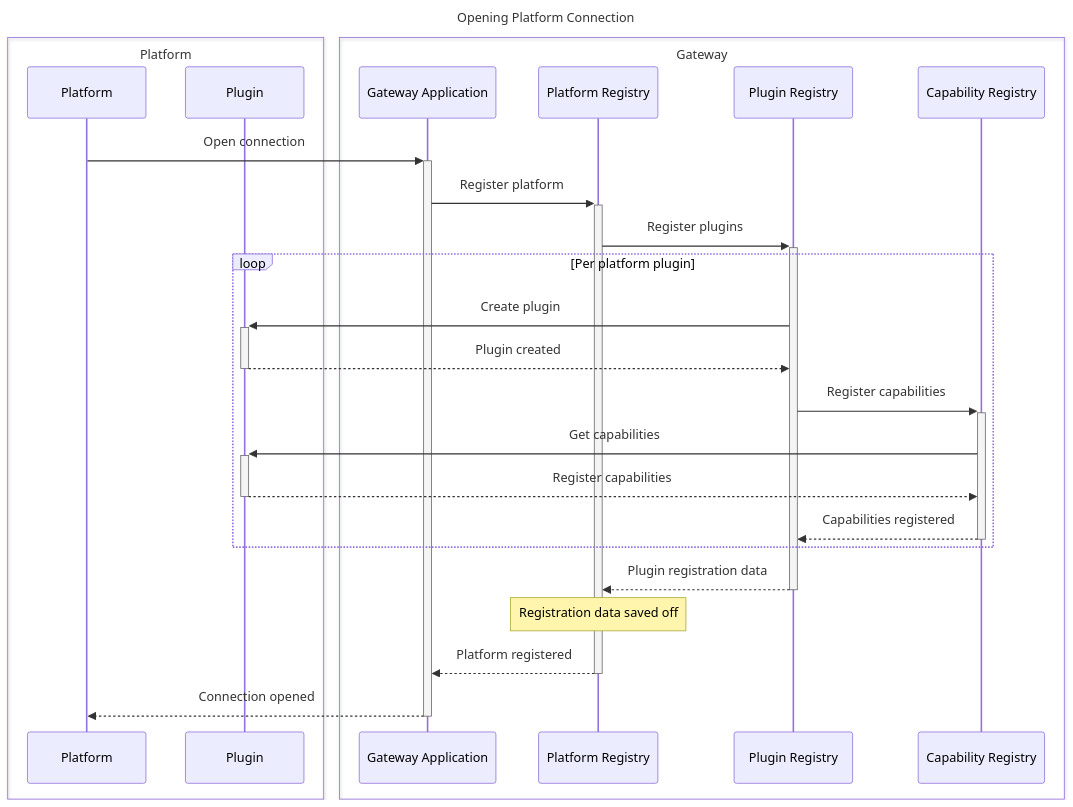
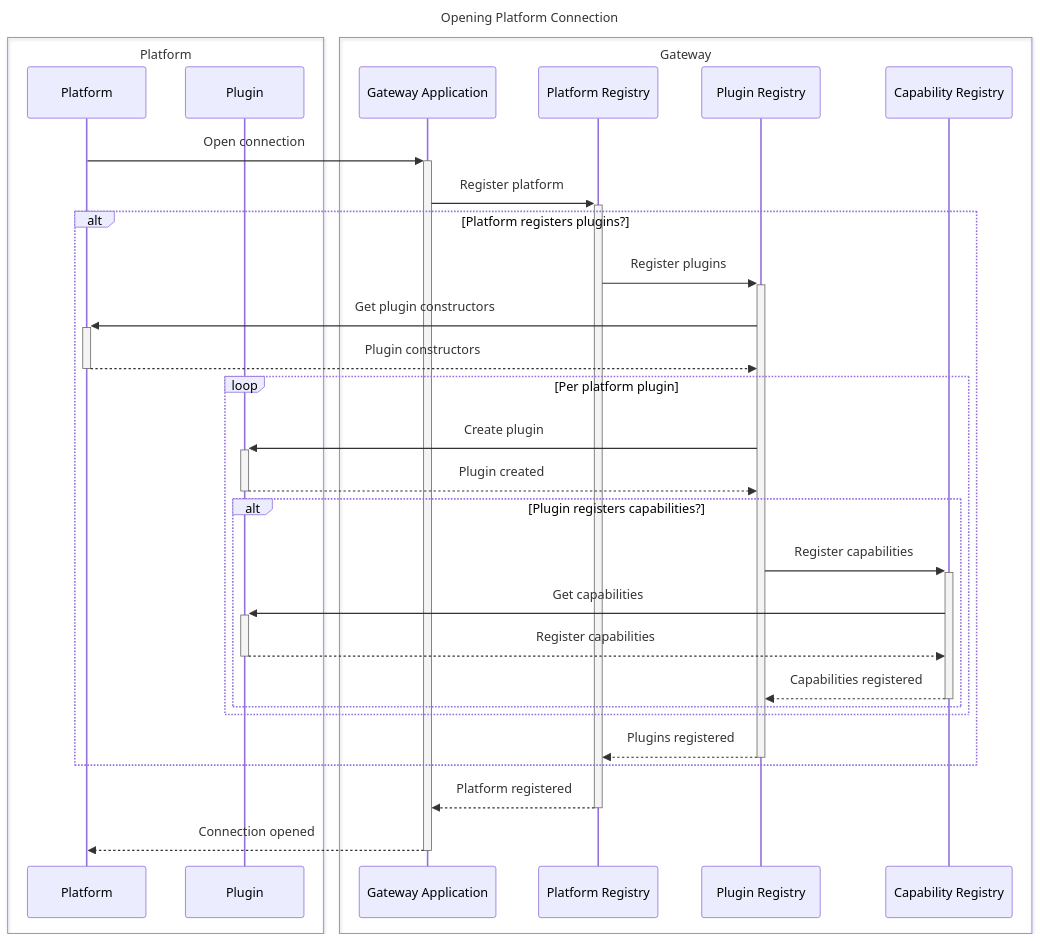
One commit to nicholasgrose/Gateway changed the first of 10 diagrams in Writerside/topics/Overview.md. Above: the diagram before and after it, drawn with Mermaid. The commit also changed other lines of this file and 17 other files, not shown here.

Commit message:
Drafting design for new architecture v2

````diff
--- a/Writerside/topics/Overview.md
+++ b/Writerside/topics/Overview.md
@@ -21,34 +21,37 @@
 ```mermaid
 ---
 title: Opening Platform Connection
 ---
 sequenceDiagram
     box Platform
         participant Pla as Platform
         participant Plu as Plugin
     end
     box Gateway
         participant G as Gateway Application
         participant P as Platform Registry
         participant R as Plugin Registry
         participant C as Capability Registry
     end
 
     Pla ->>+ G: Open connection
     G ->>+ P: Register platform
-    P ->>+ R: Register plugins
-
-    loop Per platform plugin
-        R ->>+ Plu: Create plugin
-        Plu -->>- R: Plugin created
-        R ->>+ C: Register capabilities
-        C ->>+ Plu: Get capabilities
-        Plu -->>- C: Register capabilities
-        C -->>- R: Capabilities registered
+    alt Platform registers plugins?
+        P ->>+ R: Register plugins
+        R ->>+ Pla: Get plugin constructors
+        Pla -->>- R: Plugin constructors
+        loop Per platform plugin
+            R ->>+ Plu: Create plugin
+            Plu -->>- R: Plugin created
+            alt Plugin registers capabilities?
+                R ->>+ C: Register capabilities
+                C ->>+ Plu: Get capabilities
+                Plu -->>- C: Register capabilities
+                C -->>- R: Capabilities registered
+            end
+        end
+        R -->>- P: Plugins registered
     end
-
-    R -->>- P: Plugin registration data
-    Note over P: Registration data saved off
     P -->>- G: Platform registered
     G -->>- Pla: Connection opened
 ```
````
